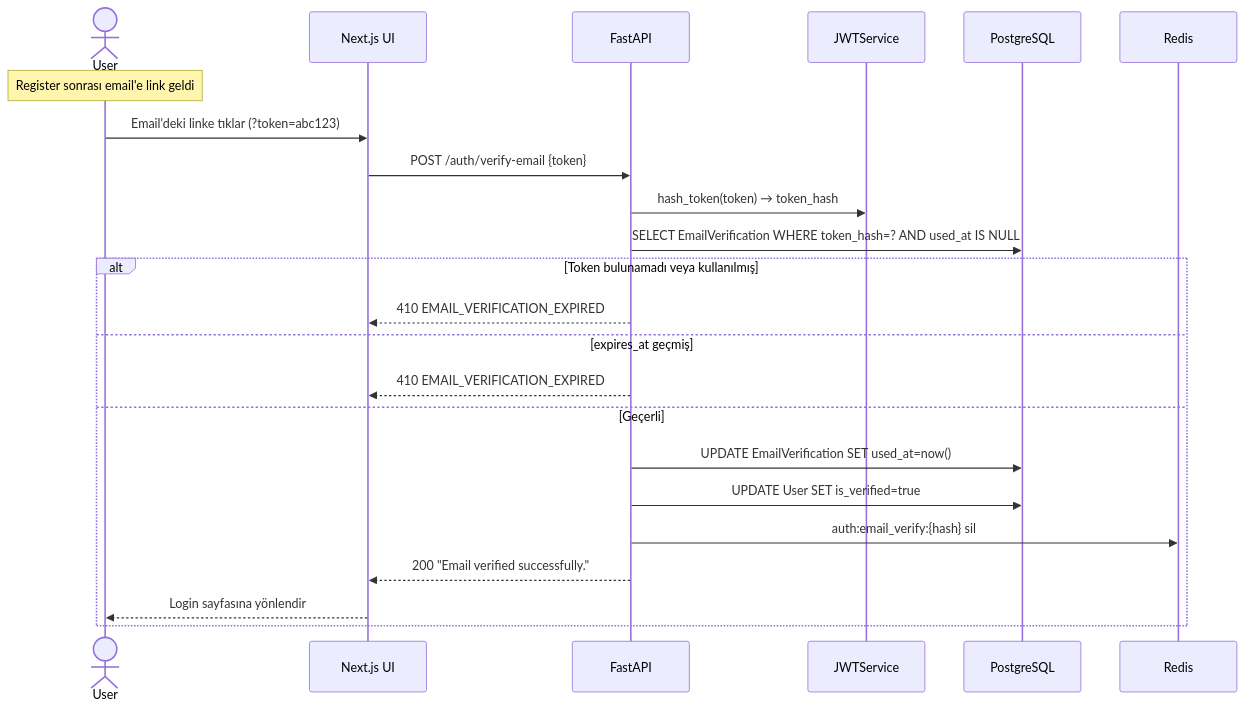
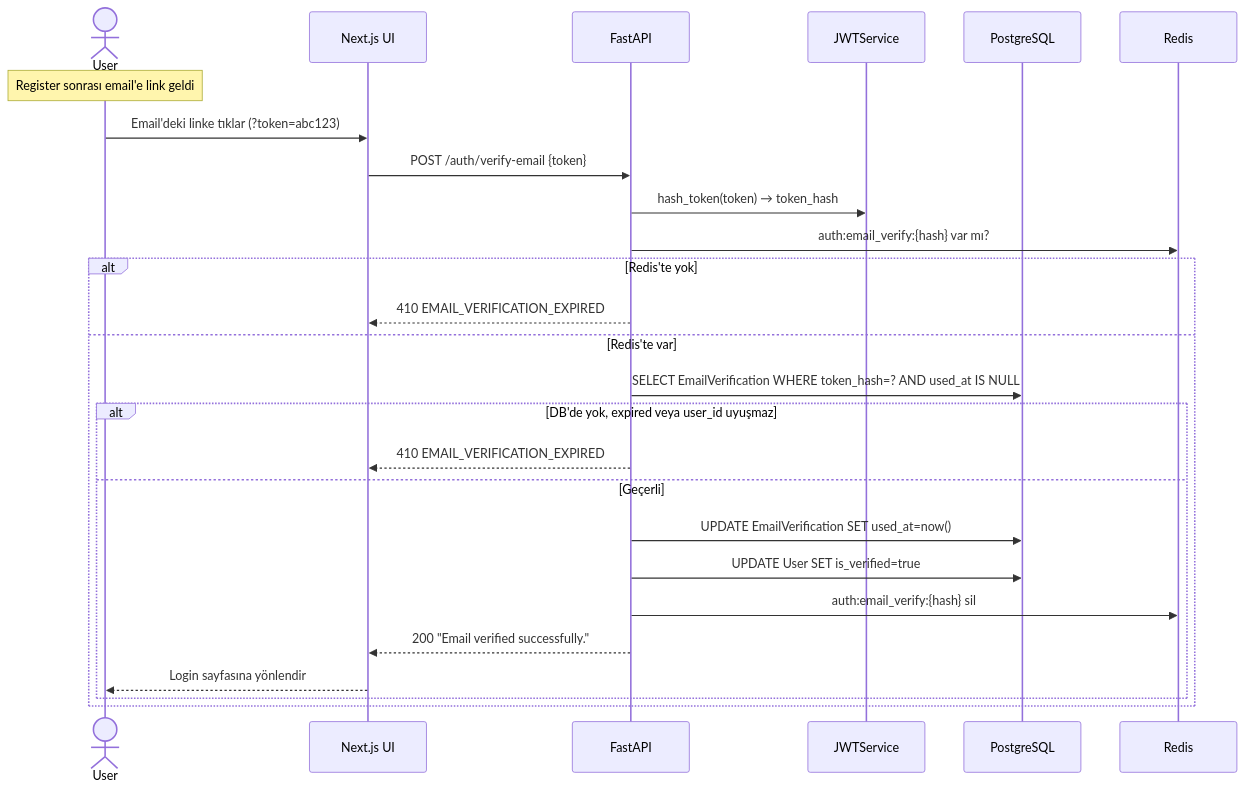
The fourth of 6 diagrams in docs/diagrams/mermaid-codes/M4-diagrams.md (kutluhaan/AI-Agent-Observatory-House), drawn with Mermaid before and after one commit. The commit also changed other lines of this file and 7 other files, not shown here.

Commit message:
Mark M4 complete in docs and align diagrams with implementation.

````diff
--- a/docs/diagrams/mermaid-codes/M4-diagrams.md
+++ b/docs/diagrams/mermaid-codes/M4-diagrams.md
@@ -103,26 +111,29 @@
 ```mermaid
 sequenceDiagram
     actor User
     participant UI as Next.js UI
     participant API as FastAPI
     participant JWT as JWTService
     participant DB as PostgreSQL
     participant Redis
 
     Note over User: Register sonrası email'e link geldi
     User->>UI: Email'deki linke tıklar (?token=abc123)
     UI->>API: POST /auth/verify-email {token}
     API->>JWT: hash_token(token) → token_hash
-    API->>DB: SELECT EmailVerification WHERE token_hash=? AND used_at IS NULL
-    alt Token bulunamadı veya kullanılmış
+    API->>Redis: auth:email_verify:{hash} var mı?
+    alt Redis'te yok
         API-->>UI: 410 EMAIL_VERIFICATION_EXPIRED
-    else expires_at geçmiş
-        API-->>UI: 410 EMAIL_VERIFICATION_EXPIRED
-    else Geçerli
-        API->>DB: UPDATE EmailVerification SET used_at=now()
-        API->>DB: UPDATE User SET is_verified=true
-        API->>Redis: auth:email_verify:{hash} sil
-        API-->>UI: 200 "Email verified successfully."
-        UI-->>User: Login sayfasına yönlendir
+    else Redis'te var
+        API->>DB: SELECT EmailVerification WHERE token_hash=? AND used_at IS NULL
+        alt DB'de yok, expired veya user_id uyuşmaz
+            API-->>UI: 410 EMAIL_VERIFICATION_EXPIRED
+        else Geçerli
+            API->>DB: UPDATE EmailVerification SET used_at=now()
+            API->>DB: UPDATE User SET is_verified=true
+            API->>Redis: auth:email_verify:{hash} sil
+            API-->>UI: 200 "Email verified successfully."
+            UI-->>User: Login sayfasına yönlendir
+        end
     end
 ```
````
